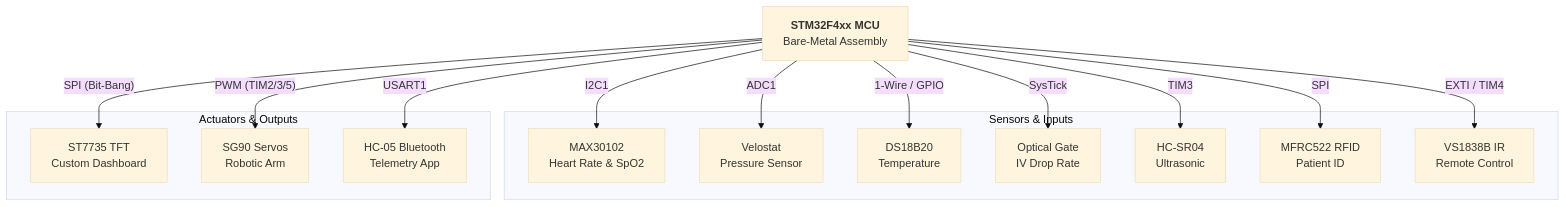
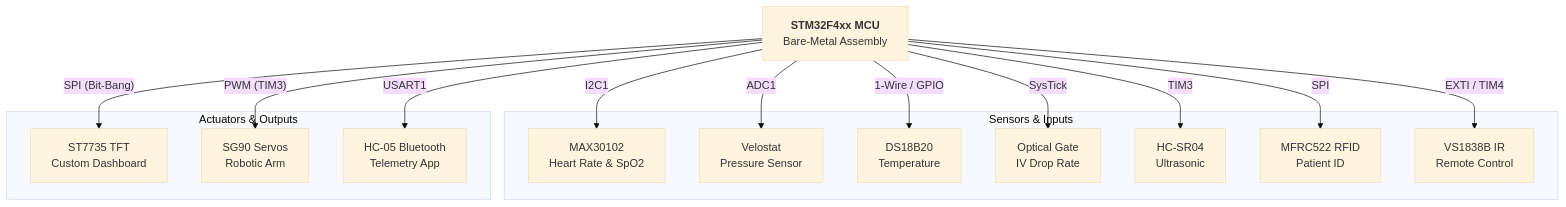
The first of 2 diagrams in README.md (fady111-f/Nurse-Robot-), drawn with Mermaid (base theme) before and after one commit. The commit also changed other lines of this file, not shown here.

````diff
--- a/README.md
+++ b/README.md
@@ -24,32 +24,32 @@
 ```mermaid
 graph TD
     MCU[<b>STM32F4xx MCU</b><br/>Bare-Metal Assembly]
     
     subgraph Sensors & Inputs
         MAX[MAX30102<br/>Heart Rate & SpO2]
         VELO[Velostat<br/>Pressure Sensor]
         DS18[DS18B20<br/>Temperature]
         IR_DROP[Optical Gate<br/>IV Drop Rate]
         HCSR[HC-SR04<br/>Ultrasonic]
         RFID[MFRC522 RFID<br/>Patient ID]
         IR_REM[VS1838B IR<br/>Remote Control]
     end
 
     subgraph Actuators & Outputs
         TFT[ST7735 TFT<br/>Custom Dashboard]
         ARM[SG90 Servos<br/>Robotic Arm]
         BT[HC-05 Bluetooth<br/>Telemetry App]
     end
 
     MCU -- I2C1 --> MAX
     MCU -- ADC1 --> VELO
     MCU -- 1-Wire / GPIO --> DS18
     MCU -- SysTick --> IR_DROP
     MCU -- TIM3 --> HCSR
     MCU -- SPI --> RFID
     MCU -- EXTI / TIM4 --> IR_REM
 
     MCU -- SPI (Bit-Bang) --> TFT
-    MCU -- PWM (TIM2/3/5) --> ARM
+    MCU -- PWM (TIM3) --> ARM
     MCU -- USART1 --> BT
 ```
````
